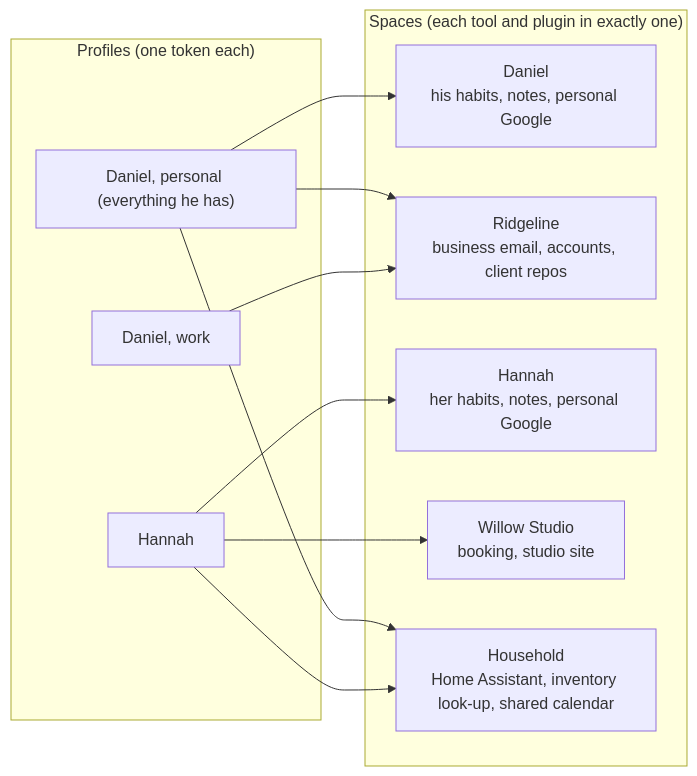
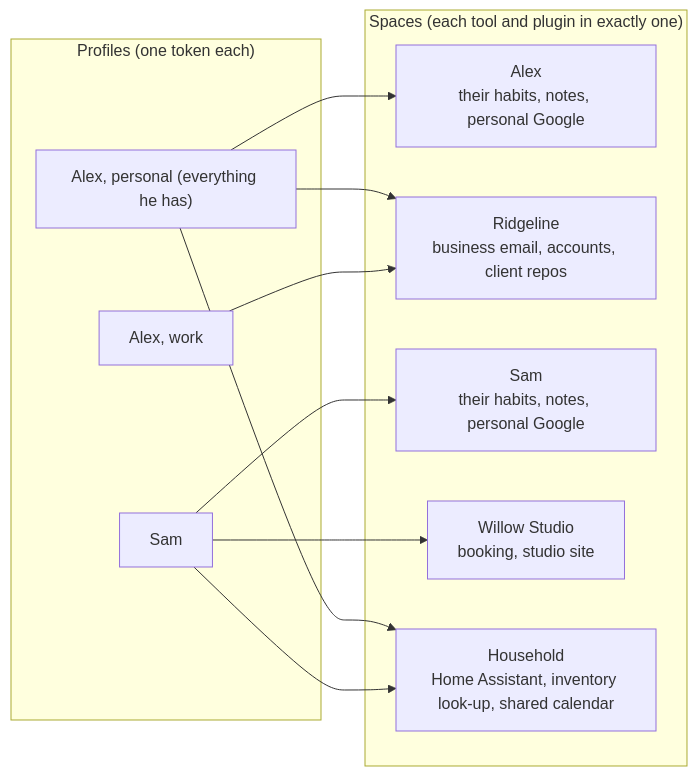
One commit to danielrosehill/Canopy changed the diagram in docs/spaces.md. Above: the diagram before and after it, drawn with Mermaid. The commit also changed other lines of this file and 12 other files, not shown here.

````diff
--- a/docs/spaces.md
+++ b/docs/spaces.md
@@ -47,22 +47,22 @@
 ```mermaid
 flowchart LR
     subgraph profiles["Profiles (one token each)"]
-        dp["Daniel, personal (everything he has)"]
-        dw["Daniel, work"]
-        hp["Hannah"]
+        dp["Alex, personal (everything he has)"]
+        dw["Alex, work"]
+        hp["Sam"]
     end
     subgraph spaces["Spaces (each tool and plugin in exactly one)"]
-        d["Daniel<br/>his habits, notes, personal Google"]
+        d["Alex<br/>their habits, notes, personal Google"]
         r["Ridgeline<br/>business email, accounts, client repos"]
-        h["Hannah<br/>her habits, notes, personal Google"]
+        h["Sam<br/>their habits, notes, personal Google"]
         w["Willow Studio<br/>booking, studio site"]
         home["Household<br/>Home Assistant, inventory look-up, shared calendar"]
     end
     dp --> d
     dp --> r
     dp --> home
     dw --> r
     hp --> h
     hp --> w
     hp --> home
 ```
````
